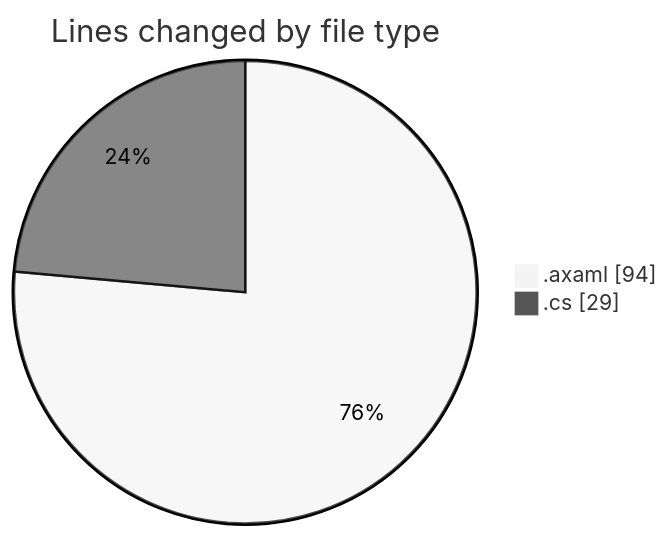
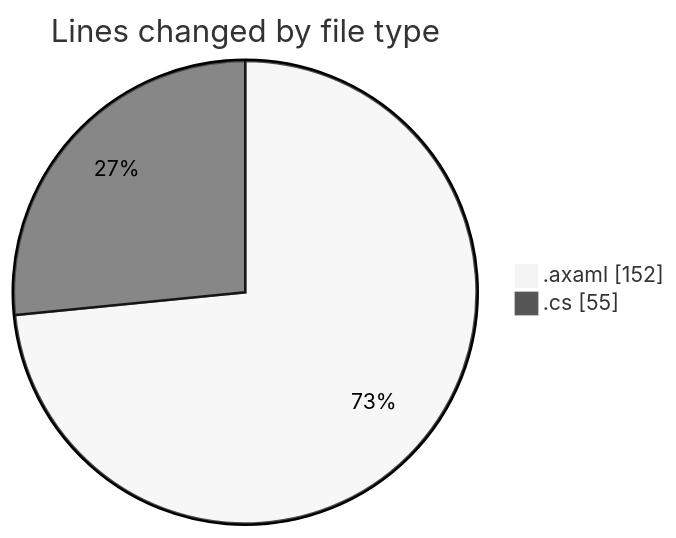
Before and after one commit to Netris89/code-tracking: the first of 2 diagrams in 2025-10-23/skintrack/README.md, drawn with Mermaid (neutral theme). The commit also changed other lines of this file and 1 other file, not shown here.

````diff
--- a/2025-10-23/skintrack/README.md
+++ b/2025-10-23/skintrack/README.md
@@ -22,6 +22,6 @@
 ```mermaid
 pie showData
 title Lines changed by file type
-".axaml" : 94
-".cs" : 29
+".axaml" : 152
+".cs" : 55
 ```
````
